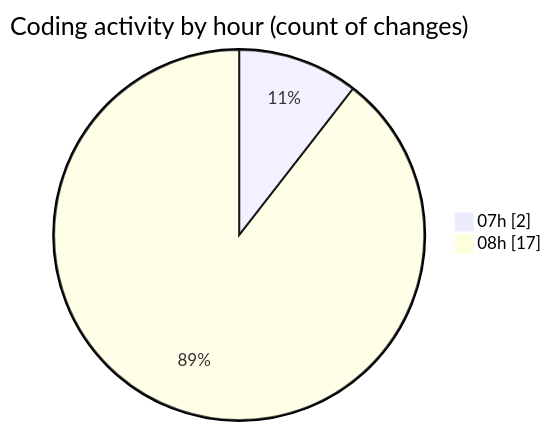
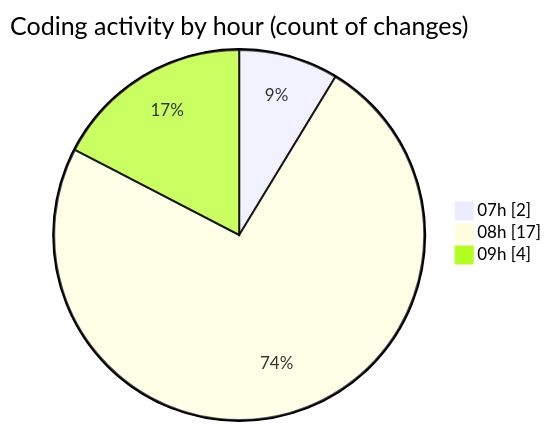
Before and after one commit to robertbonfada/code-tracking: the second of 2 diagrams in 2025-03-11/termonied_testador/README.md, drawn with Mermaid. The commit also changed other lines of this file and 1 other file, not shown here.

````diff
--- a/2025-03-11/termonied_testador/README.md
+++ b/2025-03-11/termonied_testador/README.md
@@ -37,6 +37,7 @@
 ```mermaid
 pie showData
 title Coding activity by hour (count of changes)
 "07h" : 2
 "08h" : 17
+"09h" : 4
 ```
````
